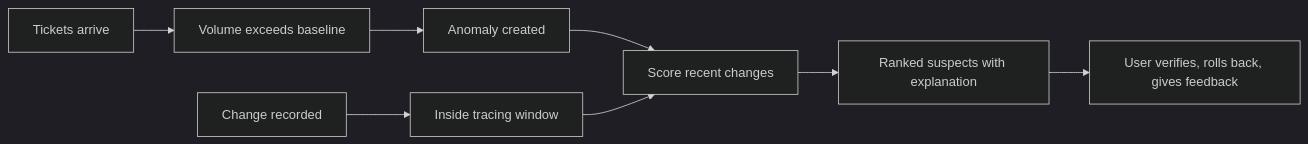
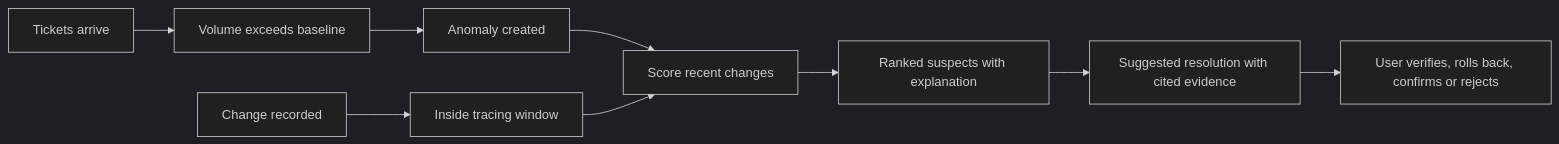
Before and after one commit to DuykoNgu/practise: the diagram in docs/03-use-cases.md, drawn with Mermaid (dark theme). The commit also changed other lines of this file and 5 other files, not shown here.

First line of the commit message:
Add F12 suggested resolution: scope, features, use cases, stories, IA

````diff
--- a/docs/03-use-cases.md
+++ b/docs/03-use-cases.md
@@ -85,10 +99,11 @@
 ```mermaid
 flowchart LR
     Change["Change recorded"] --> Window["Inside tracing window"]
     Tickets["Tickets arrive"] --> Detect["Volume exceeds baseline"]
     Detect --> Anomaly["Anomaly created"]
     Anomaly --> Rank["Score recent changes"]
     Window --> Rank
     Rank --> Suspects["Ranked suspects with explanation"]
-    Suspects --> Decide["User verifies, rolls back, gives feedback"]
+    Suspects --> Suggest["Suggested resolution with cited evidence"]
+    Suggest --> Decide["User verifies, rolls back, confirms or rejects"]
 ```
````
